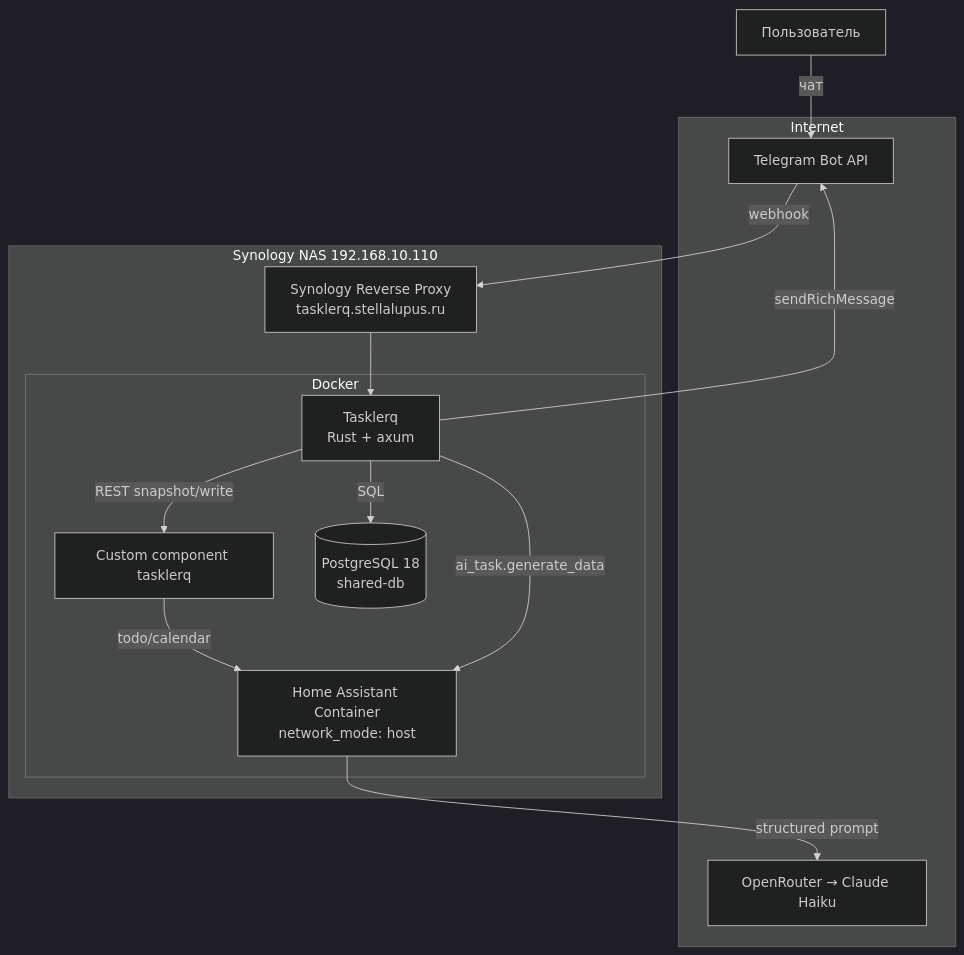
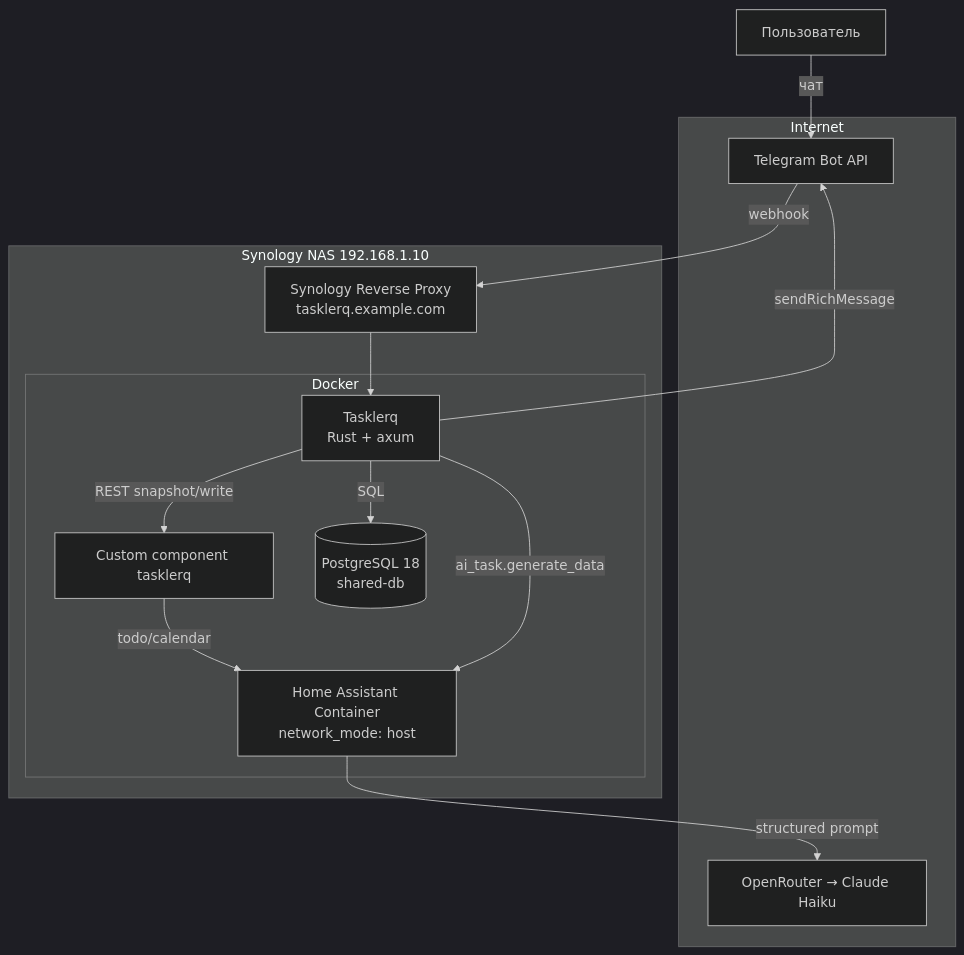
Before and after one commit to StellaLupus/tasklerq: the first of 7 diagrams in docs/architecture.md, drawn with Mermaid (dark theme). The commit also changed other lines of this file and 9 other files, not shown here.

Commit message:
Убрать особенности нашей инсталляции из общих разделов deployment, заменить реальные домены, адреса и имя бота на примеры и рекомендовать закрывать /metrics на reverse proxy

````diff
--- a/docs/architecture.md
+++ b/docs/architecture.md
@@ -37,26 +37,26 @@
 ```mermaid
 flowchart TB
     subgraph Internet
         TG[Telegram Bot API]
         GEM[OpenRouter → Claude Haiku]
     end
 
-    subgraph Host["Synology NAS 192.168.10.110"]
-        RP[Synology Reverse Proxy<br/>tasklerq.stellalupus.ru]
+    subgraph Host["Synology NAS 192.168.1.10"]
+        RP[Synology Reverse Proxy<br/>tasklerq.example.com]
         subgraph Docker["Docker"]
             APP[Tasklerq<br/>Rust + axum]
             HA[Home Assistant Container<br/>network_mode: host]
             HAC[Custom component tasklerq]
             DB[(PostgreSQL 18<br/>shared-db)]
         end
     end
 
     U[Пользователь] -->|чат| TG
     TG -->|webhook| RP --> APP
     APP -->|sendRichMessage| TG
     APP -->|REST snapshot/write| HAC
     HAC -->|todo/calendar| HA
     APP -->|ai_task.generate_data| HA
     HA -->|structured prompt| GEM
     APP -->|SQL| DB
 ```
````
